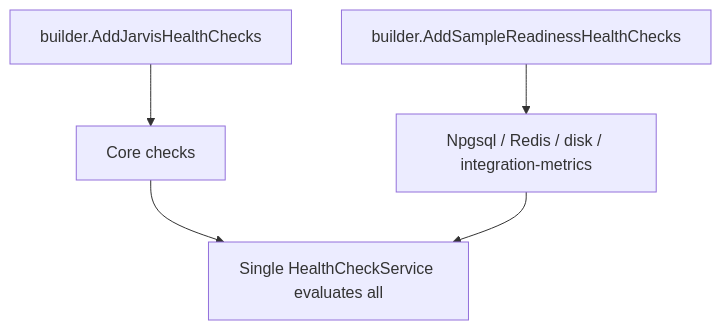
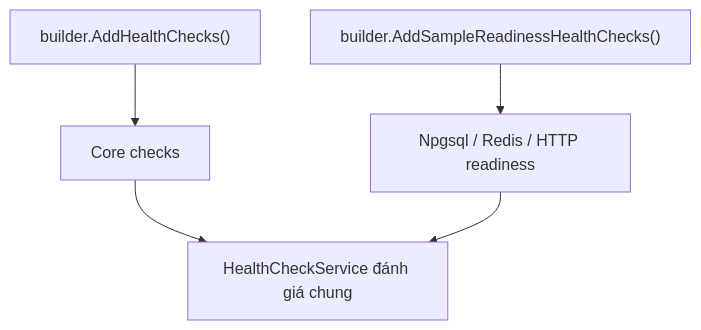
Before and after one commit to hoangnh2412/jarvis: the third of 3 diagrams in docs/healthcheck.md, drawn with Mermaid. The commit also changed other lines of this file and 32 other files, not shown here.

Commit message:
Implement core HealthChecks

````diff
--- a/docs/healthcheck.md
+++ b/docs/healthcheck.md
@@ -127,7 +158,7 @@
 ```mermaid
 flowchart TD
-    B[builder.AddJarvisHealthChecks] --> C[Core checks]
-    D[builder.AddSampleReadinessHealthChecks] --> E[Npgsql / Redis / disk / integration-metrics]
-    C --> F[Single HealthCheckService evaluates all]
+    B["builder.AddHealthChecks()"] --> C[Core checks]
+    D["builder.AddSampleReadinessHealthChecks()"] --> E[Npgsql / Redis / HTTP readiness]
+    C --> F[HealthCheckService đánh giá chung]
     E --> F
 ```
````
